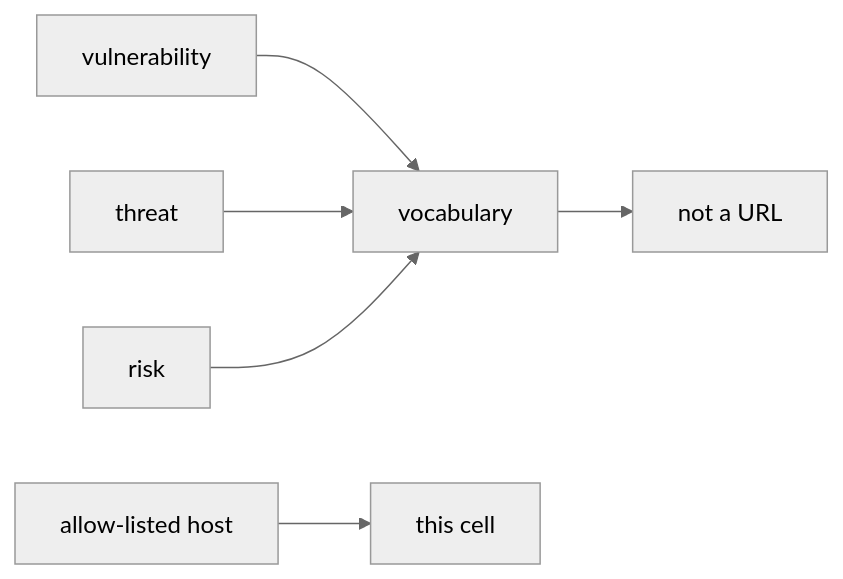
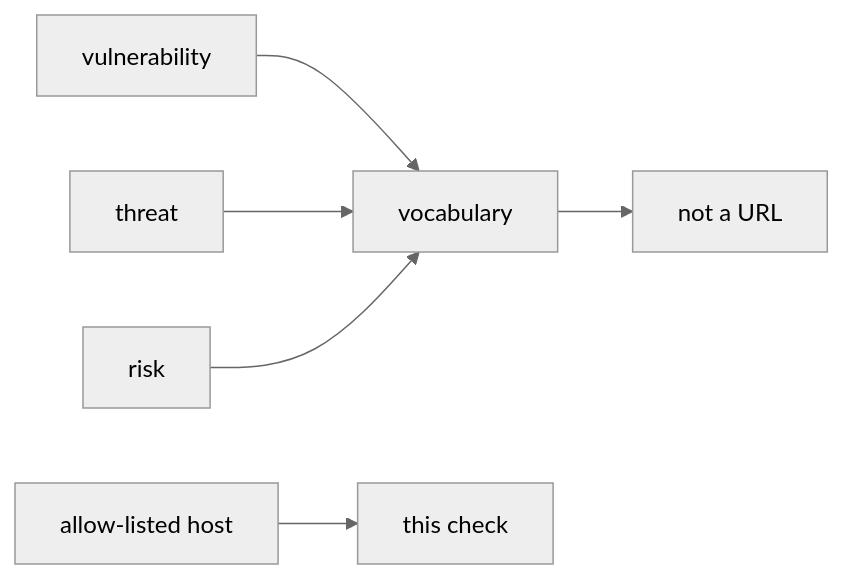
One commit to ishitvagoel/LearnSecurity changed the second of 2 diagrams in content/modules/0/0.1/lessons/02-model.md. Above: the diagram before and after it, drawn with Mermaid (neutral theme). The commit also changed other lines of this file and 14 other files, not shown here.

````diff
--- a/content/modules/0/0.1/lessons/02-model.md
+++ b/content/modules/0/0.1/lessons/02-model.md
@@ -25,8 +25,8 @@
 ```mermaid
 flowchart LR
   Vuln[vulnerability] --> Word[vocabulary]
   Threat[threat] --> Word
   Risk[risk] --> Word
-  Host[allow-listed host] --> Scope[this cell]
+  Host[allow-listed host] --> Scope[this check]
   Word --> NotHost[not a URL]
 ```
````
